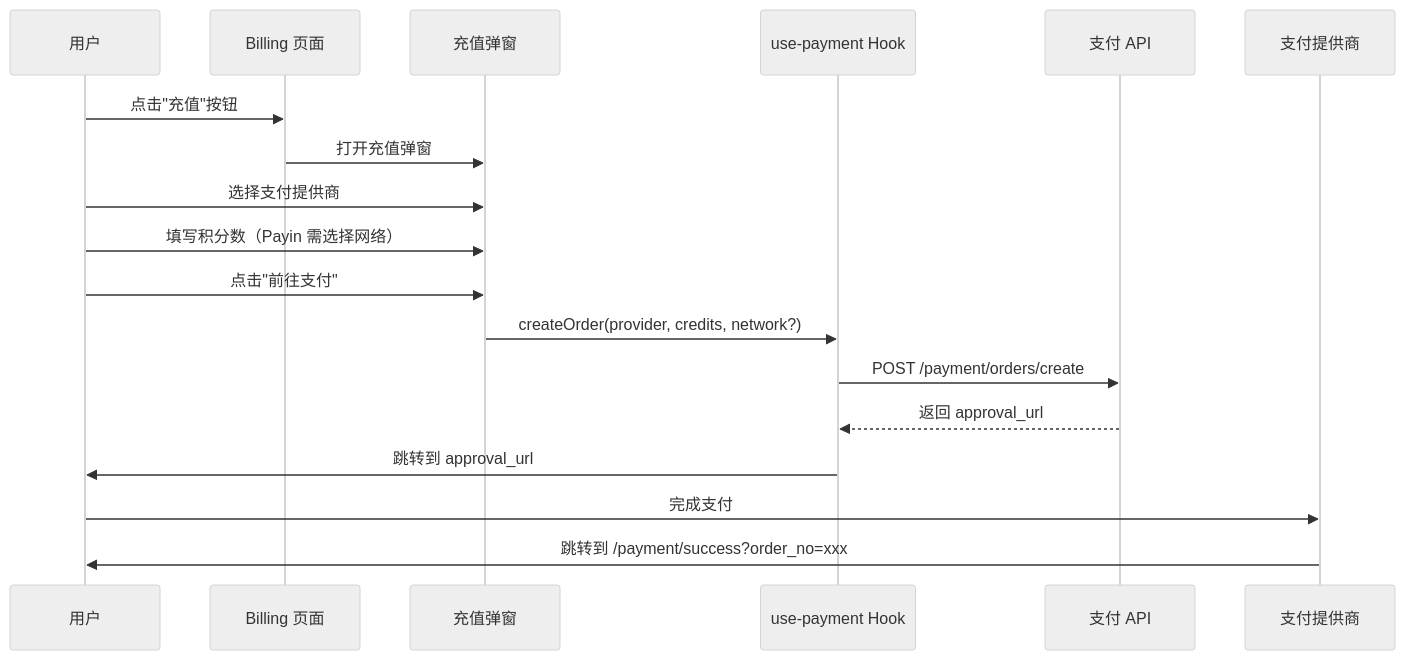
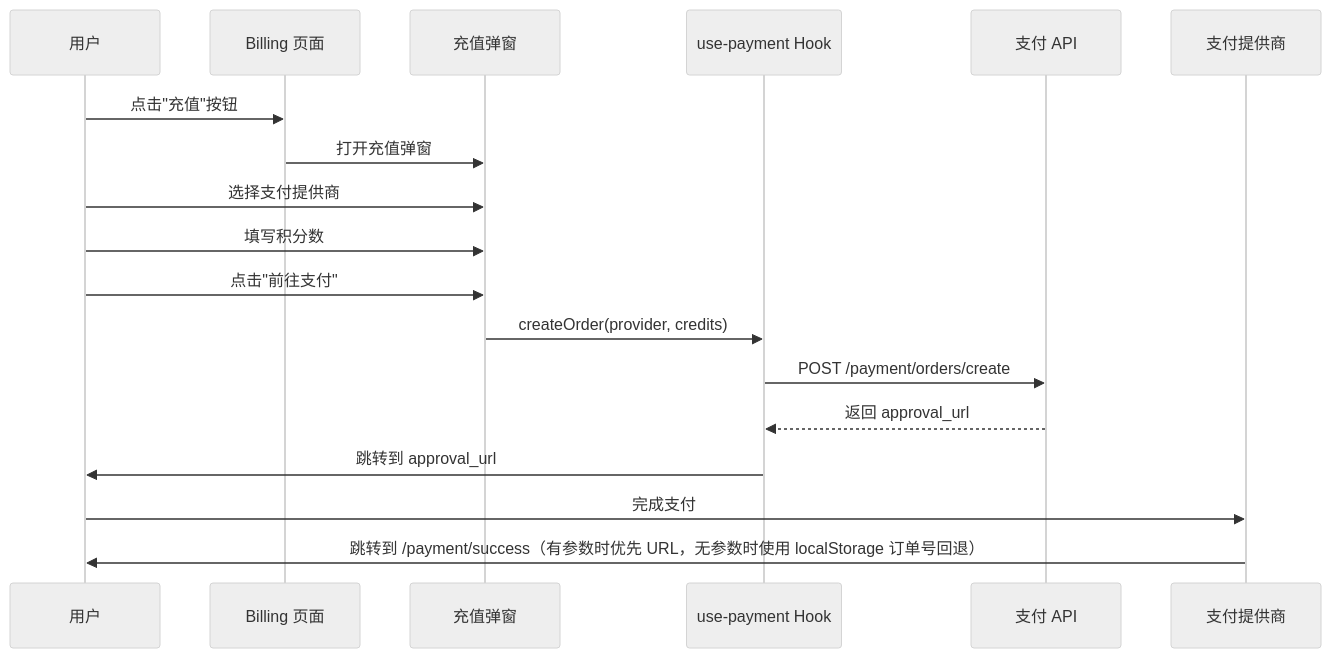
Before and after one commit to HYY-yu/JoyfulWords: the first of 2 diagrams in docs/payment/IMPLEMENTATION_SUMMARY.md, drawn with Mermaid (neutral theme). The commit also changed other lines of this file and 9 other files, not shown here.

````diff
--- a/docs/payment/IMPLEMENTATION_SUMMARY.md
+++ b/docs/payment/IMPLEMENTATION_SUMMARY.md
@@ -132,21 +134,21 @@
 ```mermaid
 sequenceDiagram
     participant U as 用户
     participant B as Billing 页面
     participant D as 充值弹窗
     participant H as use-payment Hook
     participant A as 支付 API
     participant P as 支付提供商
 
     U->>B: 点击"充值"按钮
     B->>D: 打开充值弹窗
     U->>D: 选择支付提供商
-    U->>D: 填写积分数（Payin 需选择网络）
+    U->>D: 填写积分数
     U->>D: 点击"前往支付"
-    D->>H: createOrder(provider, credits, network?)
+    D->>H: createOrder(provider, credits)
     H->>A: POST /payment/orders/create
     A-->>H: 返回 approval_url
     H->>U: 跳转到 approval_url
     U->>P: 完成支付
-    P->>U: 跳转到 /payment/success?order_no=xxx
+    P->>U: 跳转到 /payment/success（有参数时优先 URL，无参数时使用 localStorage 订单号回退）
 ```
````
